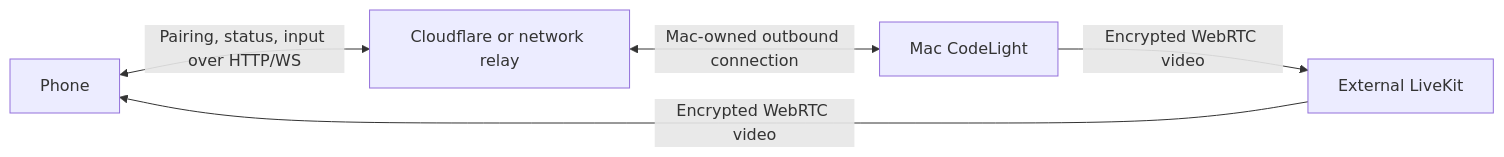
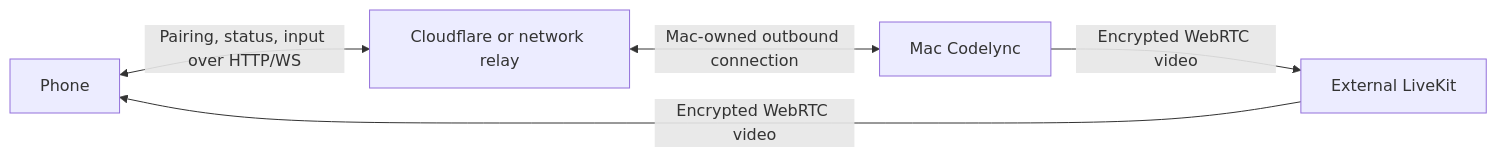
One commit to mapix/Codelync changed the diagram in docs/SELF-HOSTING.md. Above: the diagram before and after it, drawn with Mermaid. The commit also changed other lines of this file and 880 other files, not shown here.

````diff
--- a/docs/SELF-HOSTING.md
+++ b/docs/SELF-HOSTING.md
@@ -37,7 +36,7 @@
 ```mermaid
 flowchart LR
     Phone[Phone] <-->|Pairing, status, input over HTTP/WS| Network[Cloudflare or network relay]
-    Network <-->|Mac-owned outbound connection| Mac[Mac CodeLight]
+    Network <-->|Mac-owned outbound connection| Mac[Mac Codelync]
     Mac -->|Encrypted WebRTC video| Media[External LiveKit]
     Media -->|Encrypted WebRTC video| Phone
 ```
````
